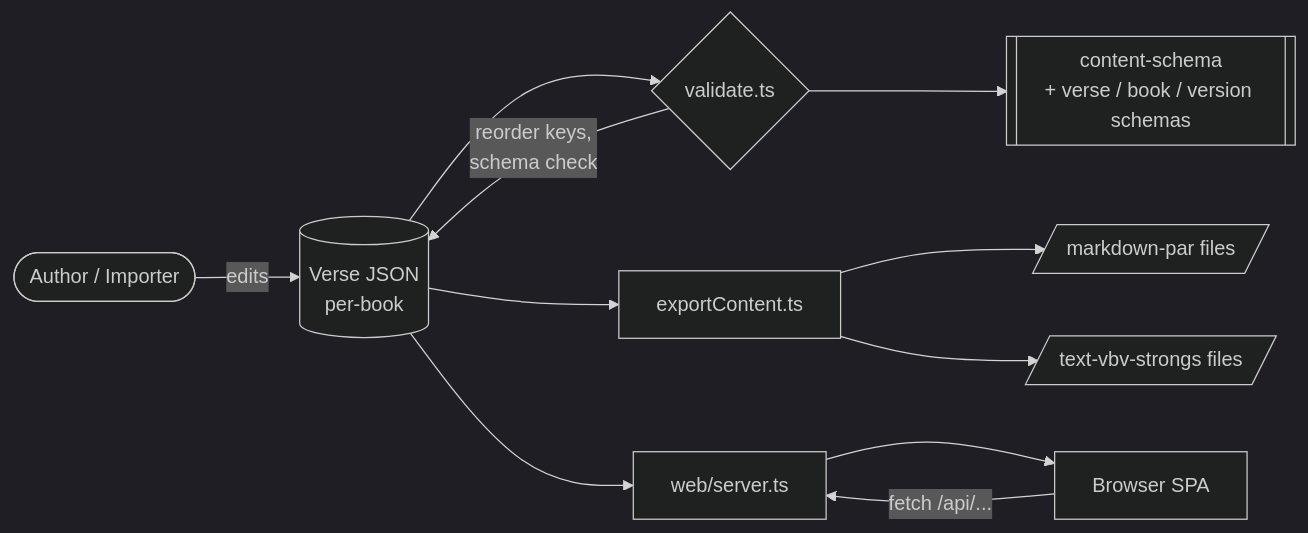
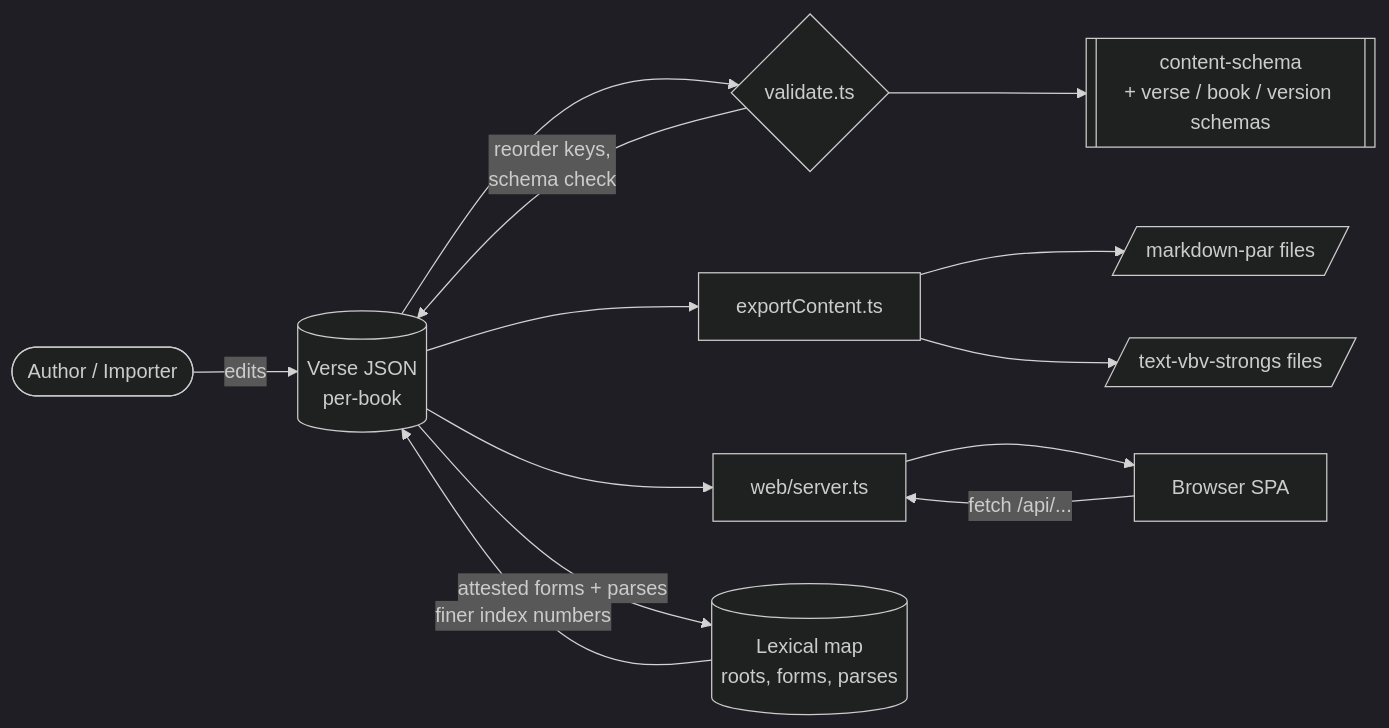
The diagram in _specs/documentation/EGP-Graphai/README.md (LegendaryMediaTV/EGP-Graphai), drawn with Mermaid before and after one commit. The commit also changed other lines of this file and 106 other files, not shown here.

````diff
--- a/_specs/documentation/EGP-Graphai/README.md
+++ b/_specs/documentation/EGP-Graphai/README.md
@@ -20,16 +21,19 @@
 ```mermaid
 %%{init: {'theme': 'dark'}}%%
 flowchart LR
     Author([Author / Importer]) -->|edits| VerseFiles[(Verse JSON<br/>per-book)]
     VerseFiles --> Validate{validate.ts}
     Validate -->|reorder keys,<br/>schema check| VerseFiles
     Validate --> Schemas[[content-schema<br/>+ verse / book / version schemas]]
 
     VerseFiles --> Export[exportContent.ts]
     Export --> Markdown[/markdown-par files/]
     Export --> Text[/text-vbv-strongs files/]
 
     VerseFiles --> Server[web/server.ts]
     Server --> Reader[Browser SPA]
     Reader -->|fetch /api/...| Server
+
+    VerseFiles -->|attested forms + parses| Map[(Lexical map<br/>roots, forms, parses)]
+    Map -->|finer index numbers| VerseFiles
 ```
````
